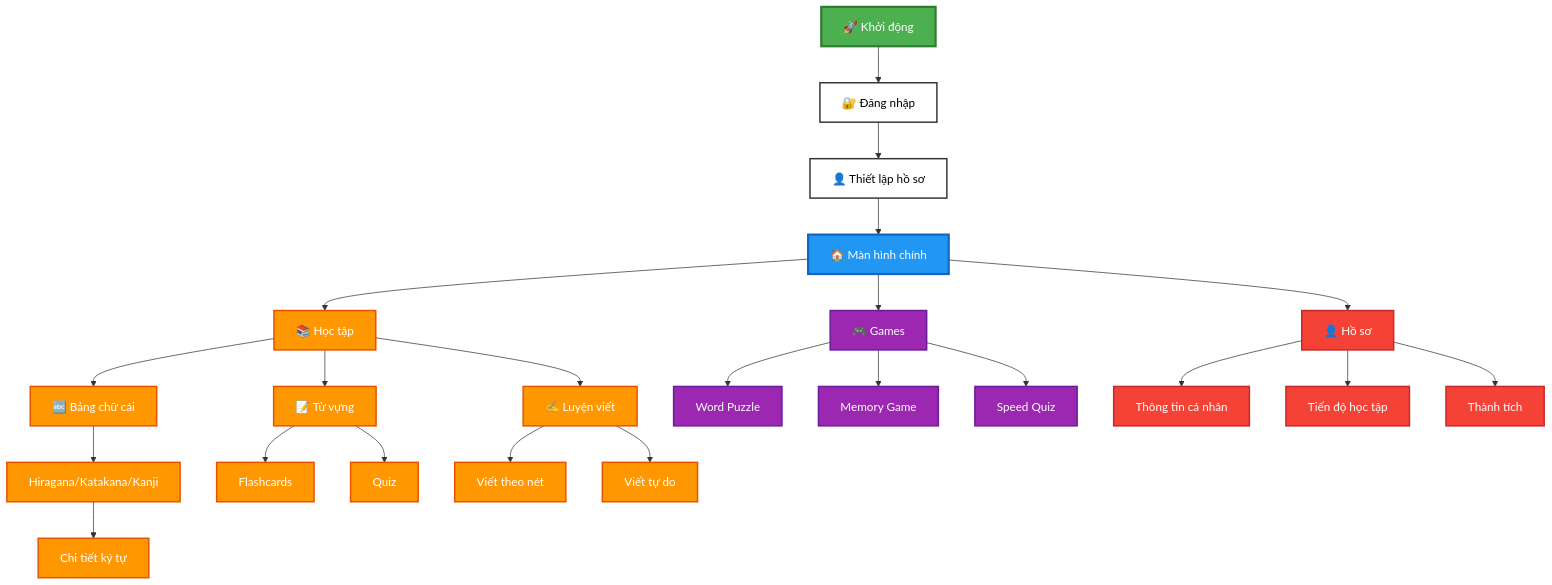
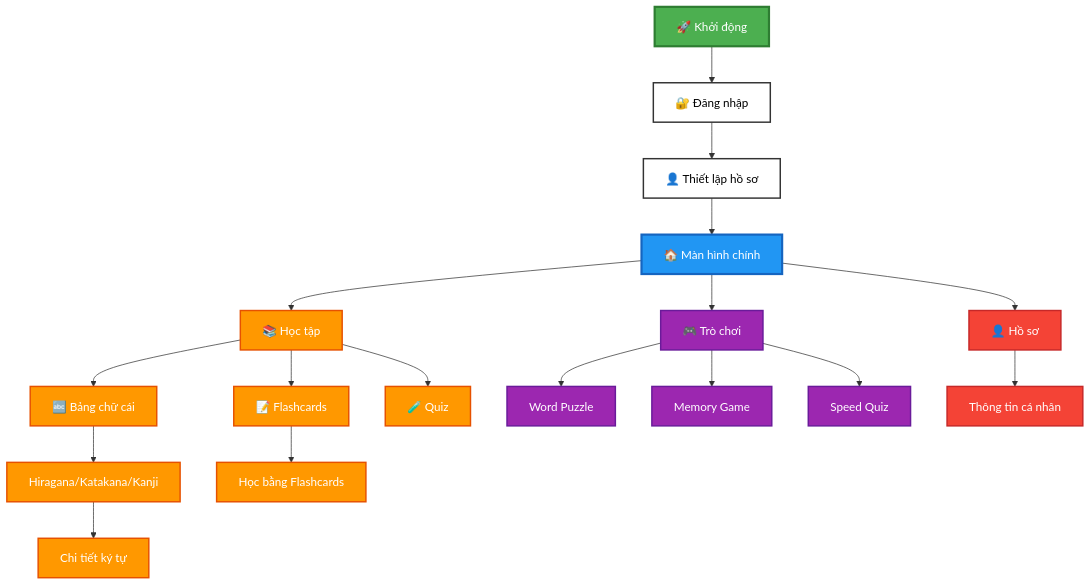
Before and after one commit to LeDat2011/androidApp: the diagram in docs/README.md, drawn with Mermaid. The commit also changed other lines of this file, not shown here.

Commit message:
docs: update flow diagram and docs to remove writing/status/level screens

````diff
--- a/docs/README.md
+++ b/docs/README.md
@@ -9,45 +9,39 @@
 ```mermaid
 graph TD
     A[🚀 Khởi động] --> B[🔐 Đăng nhập]
     B --> C[👤 Thiết lập hồ sơ]
     C --> D[🏠 Màn hình chính]
     
     D --> E[📚 Học tập]
-    D --> F[🎮 Games]
+    D --> F[🎮 Trò chơi]
     D --> G[👤 Hồ sơ]
     
     E --> H[🔤 Bảng chữ cái]
-    E --> I[📝 Từ vựng]
-    E --> J[✍️ Luyện viết]
+    E --> I[📝 Flashcards]
+    E --> N[🧪 Quiz]
     
     H --> K[Hiragana/Katakana/Kanji]
     K --> L[Chi tiết ký tự]
     
-    I --> M[Flashcards]
-    I --> N[Quiz]
-    
-    J --> O[Viết theo nét]
-    J --> P[Viết tự do]
+    I --> M[Học bằng Flashcards]
     
     F --> Q[Word Puzzle]
     F --> R[Memory Game]
     F --> S[Speed Quiz]
     
     G --> T[Thông tin cá nhân]
-    G --> U[Tiến độ học tập]
-    G --> V[Thành tích]
     
-    %% Styling cho sơ đồ đơn giản
-    classDef default fill:#ffffff,stroke:#333333,stroke-width:2px,color:#000000
-    classDef start fill:#4CAF50,stroke:#2E7D32,stroke-width:3px,color:#ffffff
-    classDef main fill:#2196F3,stroke:#1565C0,stroke-width:3px,color:#ffffff
-    classDef learning fill:#FF9800,stroke:#E65100,stroke-width:2px,color:#ffffff
-    classDef games fill:#9C27B0,stroke:#6A1B9A,stroke-width:2px,color:#ffffff
-    classDef profile fill:#F44336,stroke:#C62828,stroke-width:2px,color:#ffffff
+    %% Styling
+    classDef default fill:#ffffff,stroke:#333333,stroke-width:2px,color:#000
+    classDef start fill:#4CAF50,stroke:#2E7D32,stroke-width:3px,color:#fff
+    classDef main fill:#2196F3,stroke:#1565C0,stroke-width:3px,color:#fff
+    classDef learning fill:#FF9800,stroke:#E65100,stroke-width:2px,color:#fff
+    classDef games fill:#9C27B0,stroke:#6A1B9A,stroke-width:2px,color:#fff
+    classDef profile fill:#F44336,stroke:#C62828,stroke-width:2px,color:#fff
     
     class A start
     class D main
-    class E,H,I,J,K,L,M,N,O,P learning
+    class E,H,I,K,L,M,N learning
     class F,Q,R,S games
-    class G,T,U,V profile
+    class G,T profile
 ```
````
